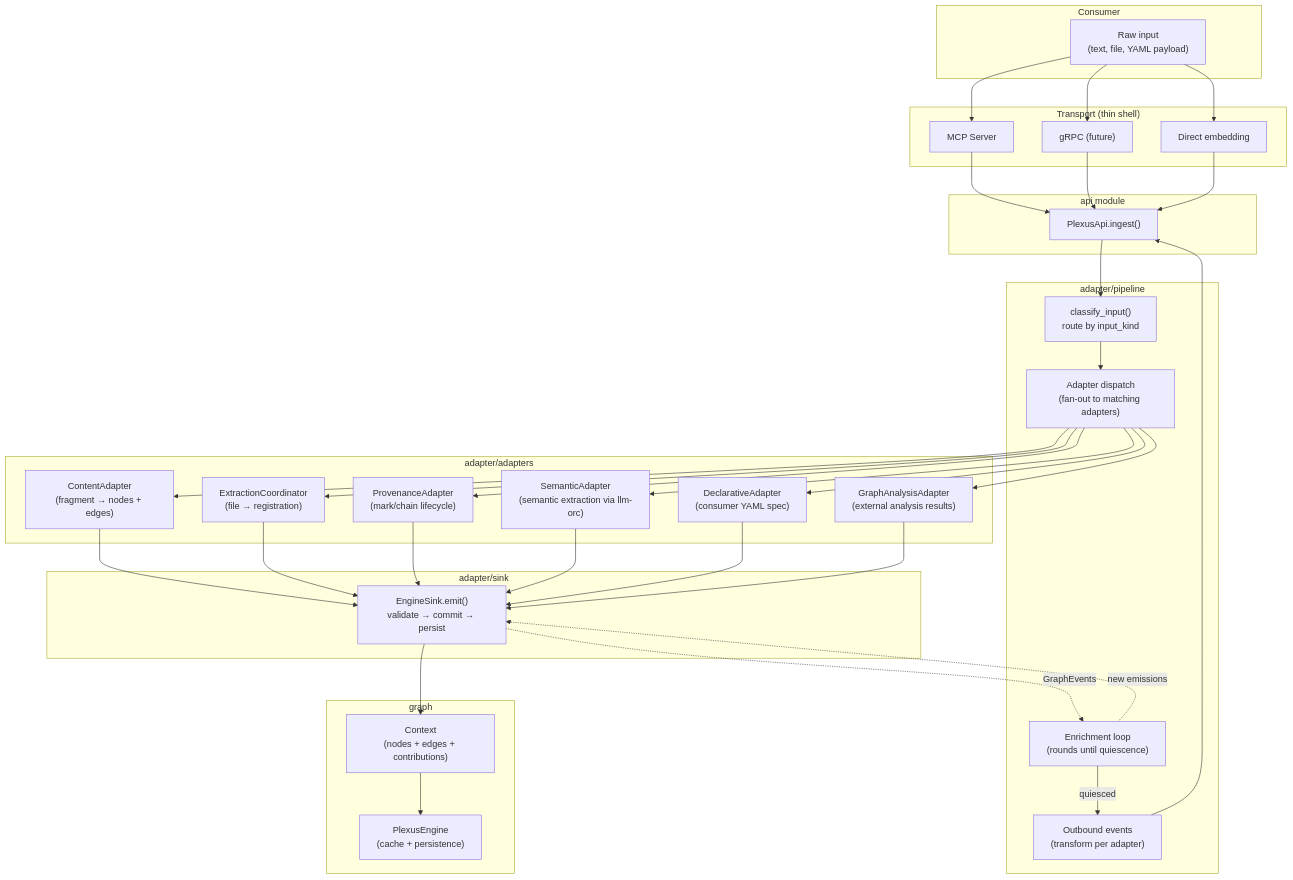
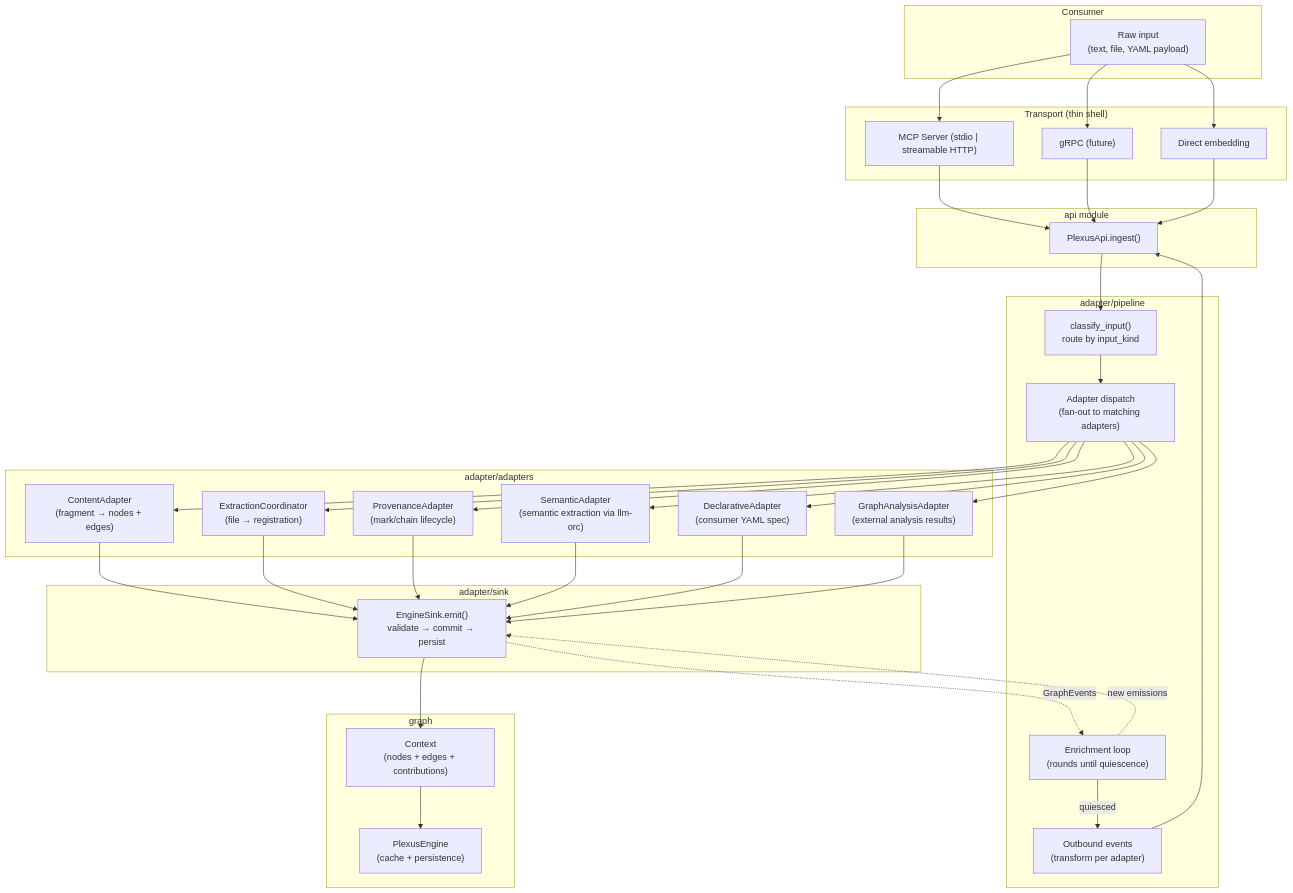
The first of 5 diagrams in docs/system-design.md (nrgforge/plexus), drawn with Mermaid before and after one commit. The commit also changed other lines of this file and 3 other files, not shown here.

````diff
--- a/docs/system-design.md
+++ b/docs/system-design.md
@@ -211,54 +211,54 @@
 ```mermaid
 flowchart TD
     subgraph Consumer
         input["Raw input<br>(text, file, YAML payload)"]
     end
 
     subgraph Transport["Transport (thin shell)"]
-        mcp["MCP Server"]
+        mcp["MCP Server (stdio | streamable HTTP)"]
         grpc["gRPC (future)"]
         embed["Direct embedding"]
     end
 
     subgraph API["api module"]
         api["PlexusApi.ingest()"]
     end
 
     subgraph Pipeline["adapter/pipeline"]
         classify["classify_input()<br>route by input_kind"]
         dispatch["Adapter dispatch<br>(fan-out to matching adapters)"]
         loop["Enrichment loop<br>(rounds until quiescence)"]
         events["Outbound events<br>(transform per adapter)"]
     end
 
     subgraph Adapters["adapter/adapters"]
         content["ContentAdapter<br>(fragment → nodes + edges)"]
         extraction["ExtractionCoordinator<br>(file → registration)"]
         provenance["ProvenanceAdapter<br>(mark/chain lifecycle)"]
         semantic["SemanticAdapter<br>(semantic extraction via llm-orc)"]
         declarative["DeclarativeAdapter<br>(consumer YAML spec)"]
         analysis["GraphAnalysisAdapter<br>(external analysis results)"]
     end
 
     subgraph Sink["adapter/sink"]
         engine_sink["EngineSink.emit()<br>validate → commit → persist"]
     end
 
     subgraph Core["graph"]
         context["Context<br>(nodes + edges + contributions)"]
         engine["PlexusEngine<br>(cache + persistence)"]
     end
 
     input --> mcp & grpc & embed
     mcp & grpc & embed --> api
     api --> classify
     classify --> dispatch
     dispatch --> content & extraction & provenance & semantic & declarative & analysis
     content & extraction & provenance & semantic & declarative & analysis --> engine_sink
     engine_sink --> context
     context --> engine
     engine_sink -.->|"GraphEvents"| loop
     loop -.->|"new emissions"| engine_sink
     loop -->|"quiesced"| events
     events --> api
 ```
````
